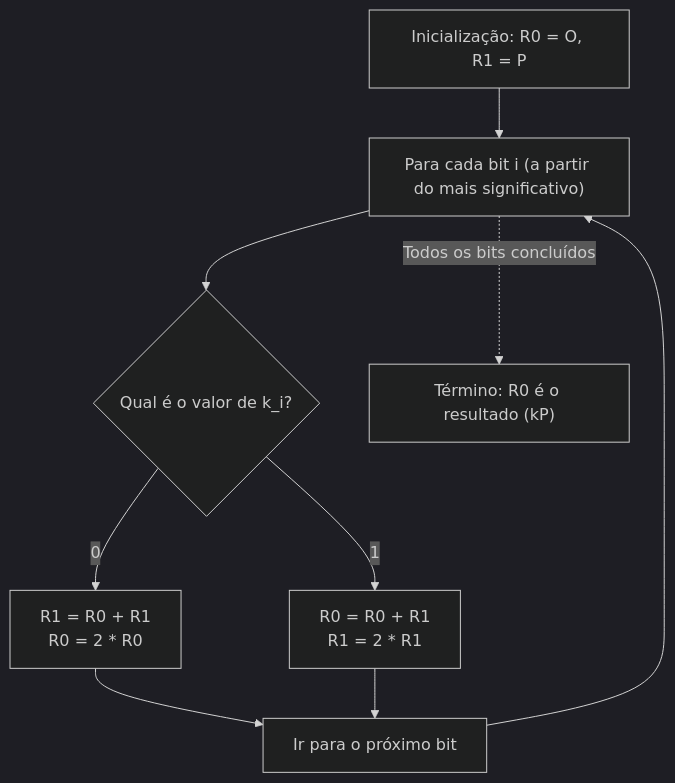
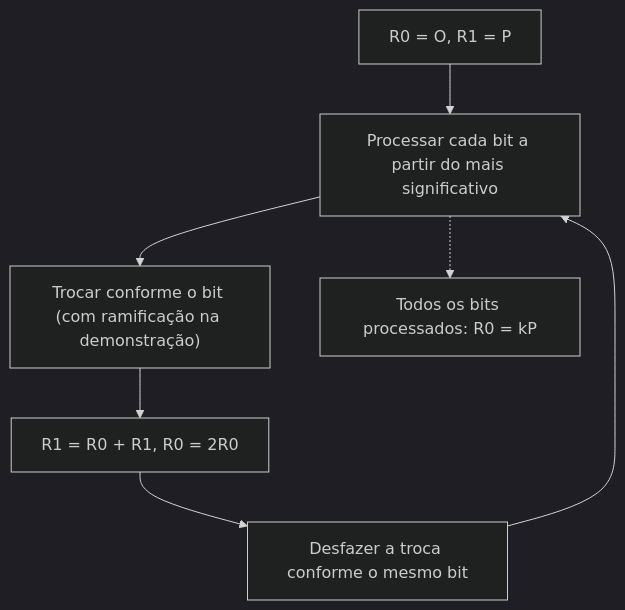
The second of 3 diagrams in content/post/楕円曲線暗号の数学的基礎とcppでの実装/index.pt.md (kenjinote/blog), drawn with Mermaid (dark theme) before and after one commit. The commit also changed other lines of this file and 6 other files, not shown here.

````diff
--- a/content/post/楕円曲線暗号の数学的基礎とcppでの実装/index.pt.md
+++ b/content/post/楕円曲線暗号の数学的基礎とcppでの実装/index.pt.md
@@ -253,14 +106,9 @@
 ```mermaid
 graph TD
-    Start["Inicialização: R0 = O, R1 = P"] --> LoopStart["Para cada bit i (a partir do mais significativo)"]
-    LoopStart --> Cond{"Qual é o valor de k_i?"}
-    
-    Cond -->|"0"| Branch0["R1 = R0 + R1<br>R0 = 2 * R0"]
-    Cond -->|"1"| Branch1["R0 = R0 + R1<br>R1 = 2 * R1"]
-    
-    Branch0 --> LoopEnd["Ir para o próximo bit"]
-    Branch1 --> LoopEnd
-    
-    LoopEnd --> LoopStart
-    LoopStart -.->|"Todos os bits concluídos"| End["Término: R0 é o resultado (kP)"]
+    A["R0 = O, R1 = P"] --> B["Processar cada bit a partir do mais significativo"]
+    B --> C["Trocar conforme o bit (com ramificação na demonstração)"]
+    C --> D["R1 = R0 + R1, R0 = 2R0"]
+    D --> E["Desfazer a troca conforme o mesmo bit"]
+    E --> B
+    B -.-> F["Todos os bits processados: R0 = kP"]
 ```
````
